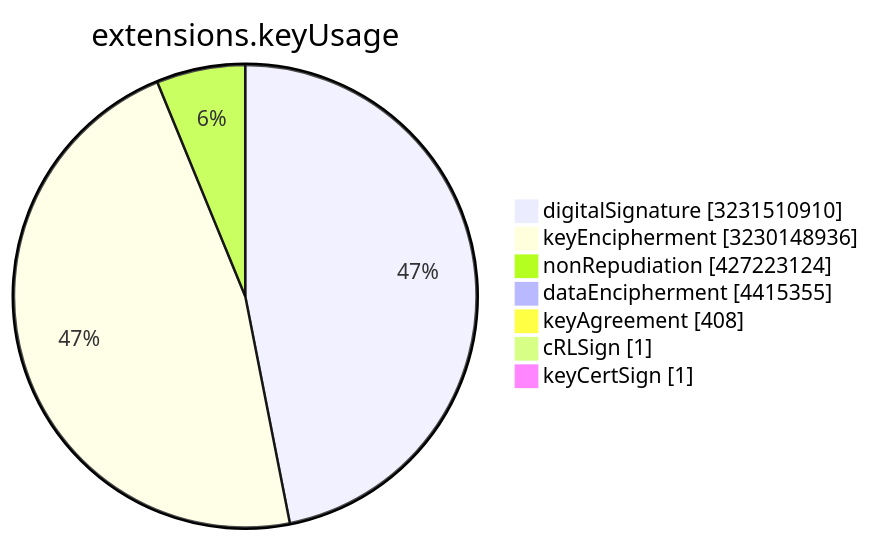
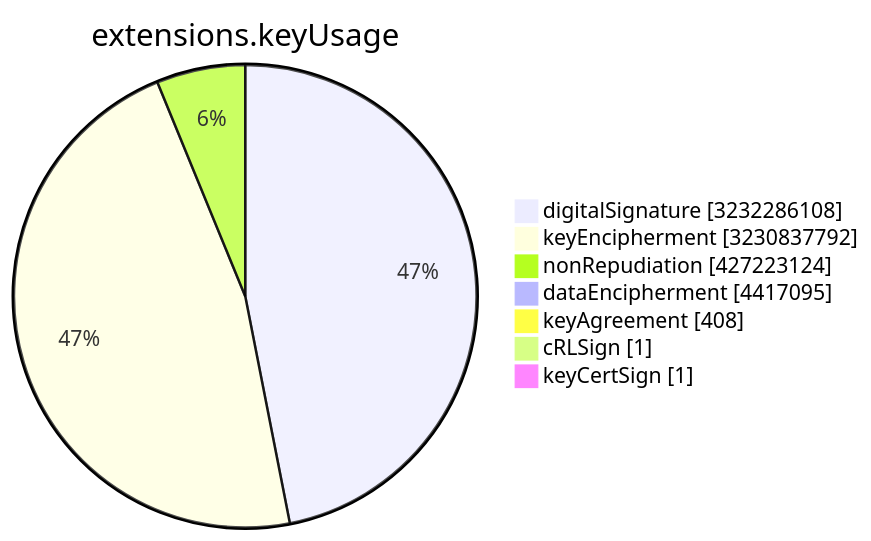
One commit to christiankrug/ctmonitor_visualization changed the sixth of 15 diagrams in TOTAL/README.md. Above: the diagram before and after it, drawn with Mermaid. The commit also changed other lines of this file, not shown here.

````diff
--- a/TOTAL/README.md
+++ b/TOTAL/README.md
@@ -3077,11 +3077,11 @@
 ```mermaid
 pie showData
 title extensions.keyUsage
-"digitalSignature" :3231510910
-"keyEncipherment" :3230148936
+"digitalSignature" :3232286108
+"keyEncipherment" :3230837792
 "nonRepudiation" :427223124
-"dataEncipherment" :4415355
+"dataEncipherment" :4417095
 "keyAgreement" :408
 "cRLSign" :1
 "keyCertSign" :1
 ```
````
